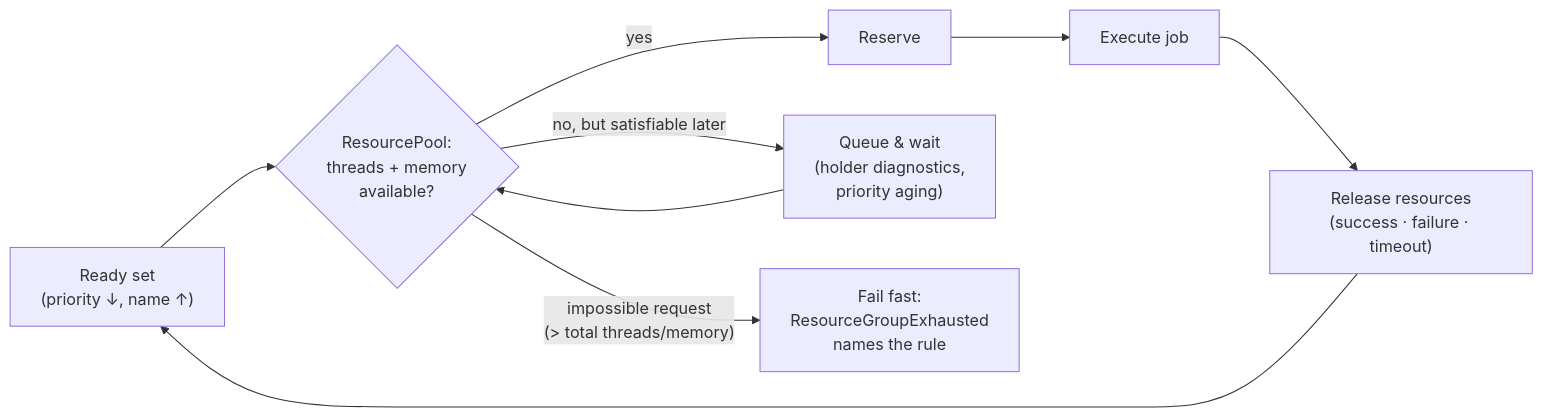
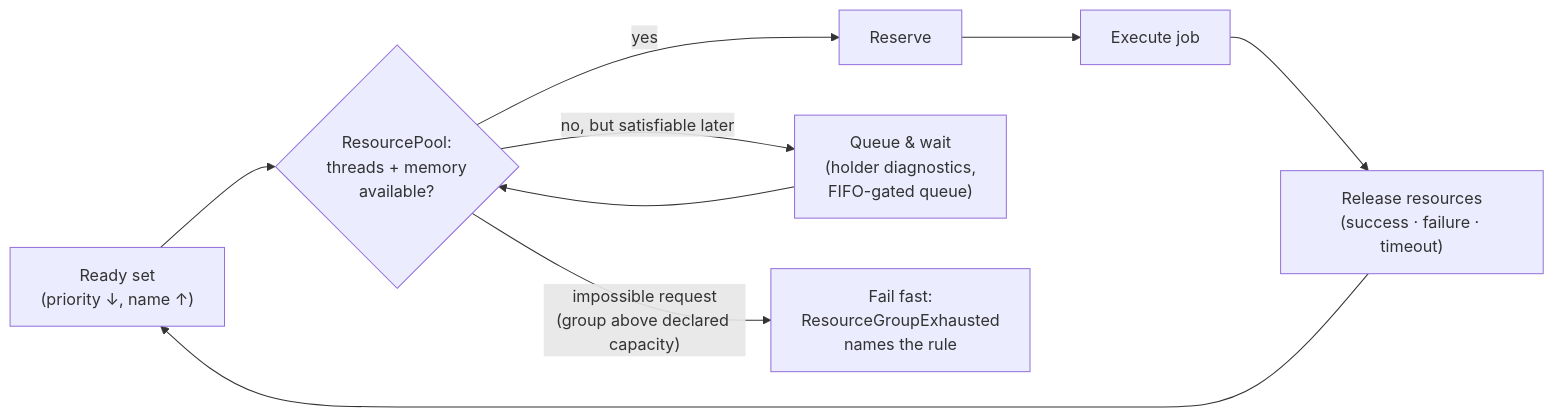
Before and after one commit to Traitome/oxo-flow: the seventh of 12 diagrams in docs/guide/src/reference/architecture.md, drawn with Mermaid. The commit also changed other lines of this file and 8 other files, not shown here.

````diff
--- a/docs/guide/src/reference/architecture.md
+++ b/docs/guide/src/reference/architecture.md
@@ -371,11 +374,11 @@
 ```mermaid
 flowchart LR
     ready["Ready set<br/>(priority ↓, name ↑)"] --> check{"ResourcePool:<br/>threads + memory<br/>available?"}
     check -- yes --> reserve["Reserve"]
-    check -- "no, but satisfiable later" --> wait["Queue & wait<br/>(holder diagnostics,<br/>priority aging)"]
+    check -- "no, but satisfiable later" --> wait["Queue & wait<br/>(holder diagnostics,<br/>FIFO-gated queue)"]
     wait --> check
-    check -- "impossible request<br/>(> total threads/memory)" --> fastfail["Fail fast:<br/>ResourceGroupExhausted<br/>names the rule"]
+    check -- "impossible request<br/>(group above declared capacity)" --> fastfail["Fail fast:<br/>ResourceGroupExhausted<br/>names the rule"]
     reserve --> run["Execute job"]
     run --> release["Release resources<br/>(success · failure · timeout)"]
     release --> ready
 ```
````
